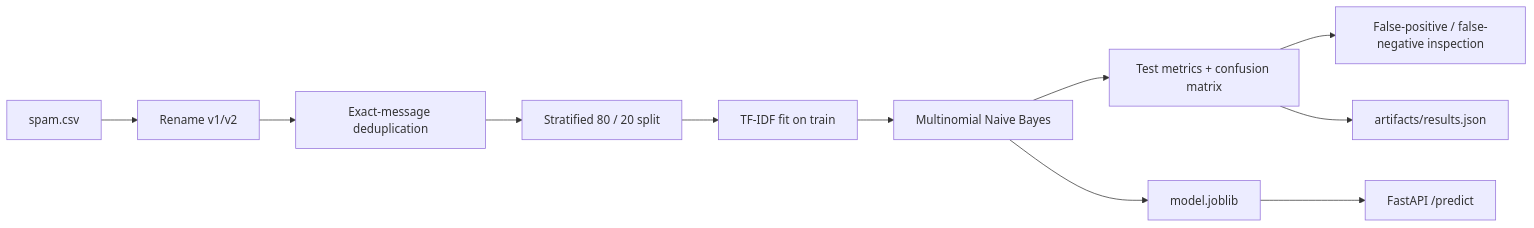
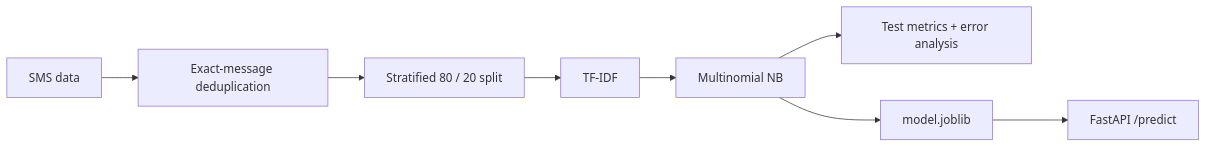
Before and after one commit to Davidkaaa33/ML-projects: the diagram in spam-detector/README.md, drawn with Mermaid. The commit also changed other lines of this file and 4 other files, not shown here.

````diff
--- a/spam-detector/README.md
+++ b/spam-detector/README.md
@@ -72,13 +16,10 @@
 ```mermaid
 flowchart LR
-    CSV[spam.csv] --> RENAME[Rename v1/v2]
-    RENAME --> DEDUP[Exact-message deduplication]
-    DEDUP --> SPLIT[Stratified 80 / 20 split]
-    SPLIT --> TFIDF[TF-IDF fit on train]
-    TFIDF --> NB[Multinomial Naive Bayes]
-    NB --> EVAL[Test metrics + confusion matrix]
-    EVAL --> ERR[False-positive / false-negative inspection]
-    NB --> MODEL[model.joblib]
-    MODEL --> API[FastAPI /predict]
-    EVAL --> JSON[artifacts/results.json]
+    D[SMS data] --> X[Exact-message deduplication]
+    X --> S[Stratified 80 / 20 split]
+    S --> T[TF-IDF]
+    T --> NB[Multinomial NB]
+    NB --> E[Test metrics + error analysis]
+    NB --> M[model.joblib]
+    M --> API[FastAPI /predict]
 ```
````
